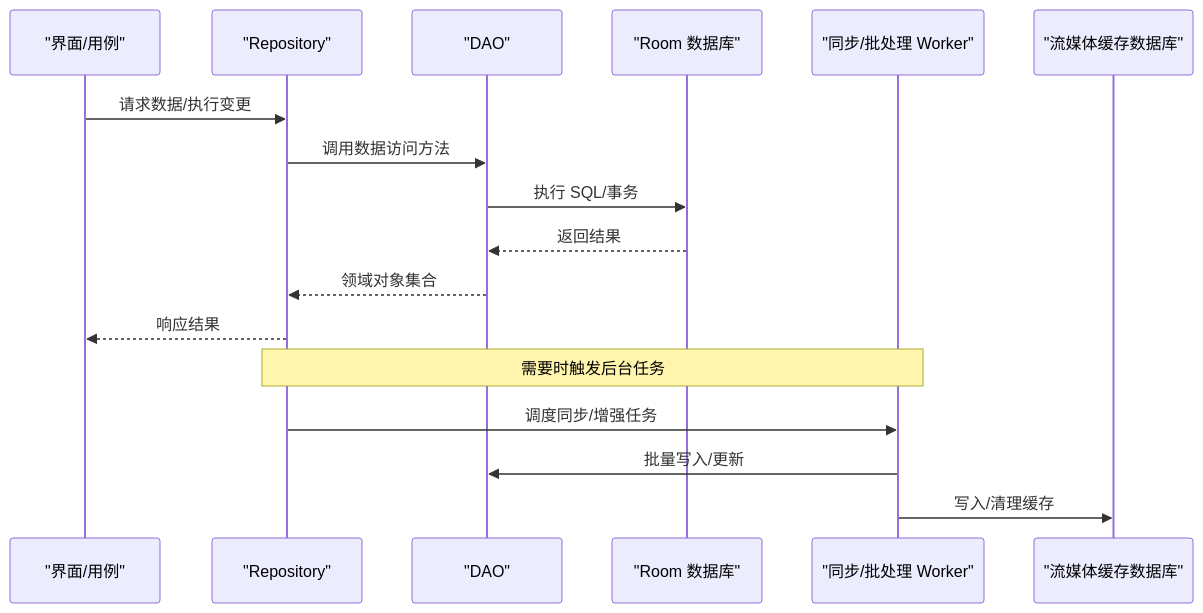
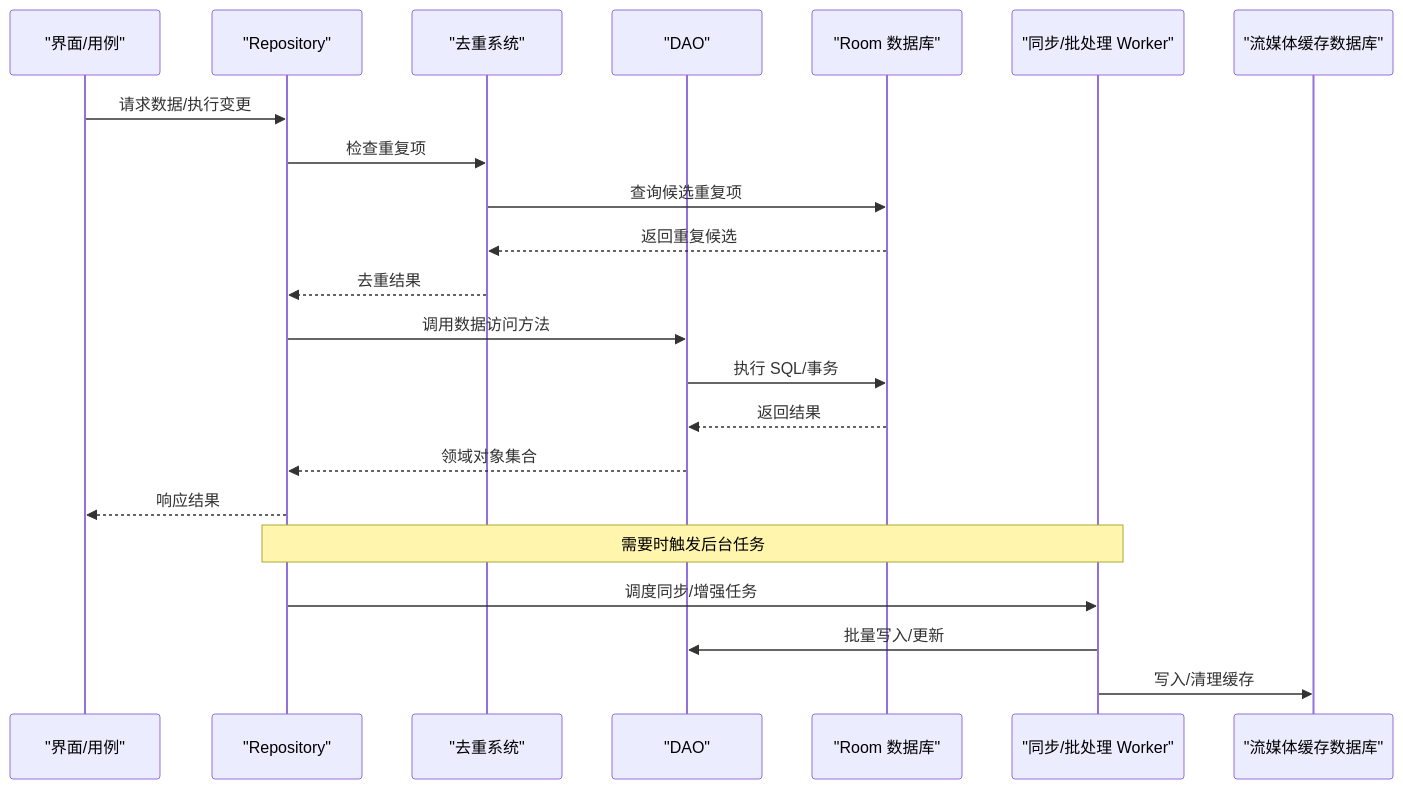
One commit to ysyhlly/Yukine-android changed the second of 13 diagrams in .qoder/repowiki/zh/content/数据层/数据层.md. Above: the diagram before and after it, drawn with Mermaid. The commit also changed other lines of this file and 158 other files, not shown here.

````diff
--- a/.qoder/repowiki/zh/content/数据层/数据层.md
+++ b/.qoder/repowiki/zh/content/数据层/数据层.md
@@ -89,19 +112,24 @@
 ```mermaid
 sequenceDiagram
 participant UI as "界面/用例"
 participant Repo as "Repository"
+participant Dedup as "去重系统"
 participant DAO as "DAO"
 participant DB as "Room 数据库"
 participant Worker as "同步/批处理 Worker"
 participant Cache as "流媒体缓存数据库"
 UI->>Repo : 请求数据/执行变更
+Repo->>Dedup : 检查重复项
+Dedup->>DB : 查询候选重复项
+DB-->>Dedup : 返回重复候选
+Dedup-->>Repo : 去重结果
 Repo->>DAO : 调用数据访问方法
 DAO->>DB : 执行 SQL/事务
 DB-->>DAO : 返回结果
 DAO-->>Repo : 领域对象集合
 Repo-->>UI : 响应结果
 Note over Repo,Worker : 需要时触发后台任务
 Repo->>Worker : 调度同步/增强任务
 Worker->>DAO : 批量写入/更新
 Worker->>Cache : 写入/清理缓存
 ```
````
